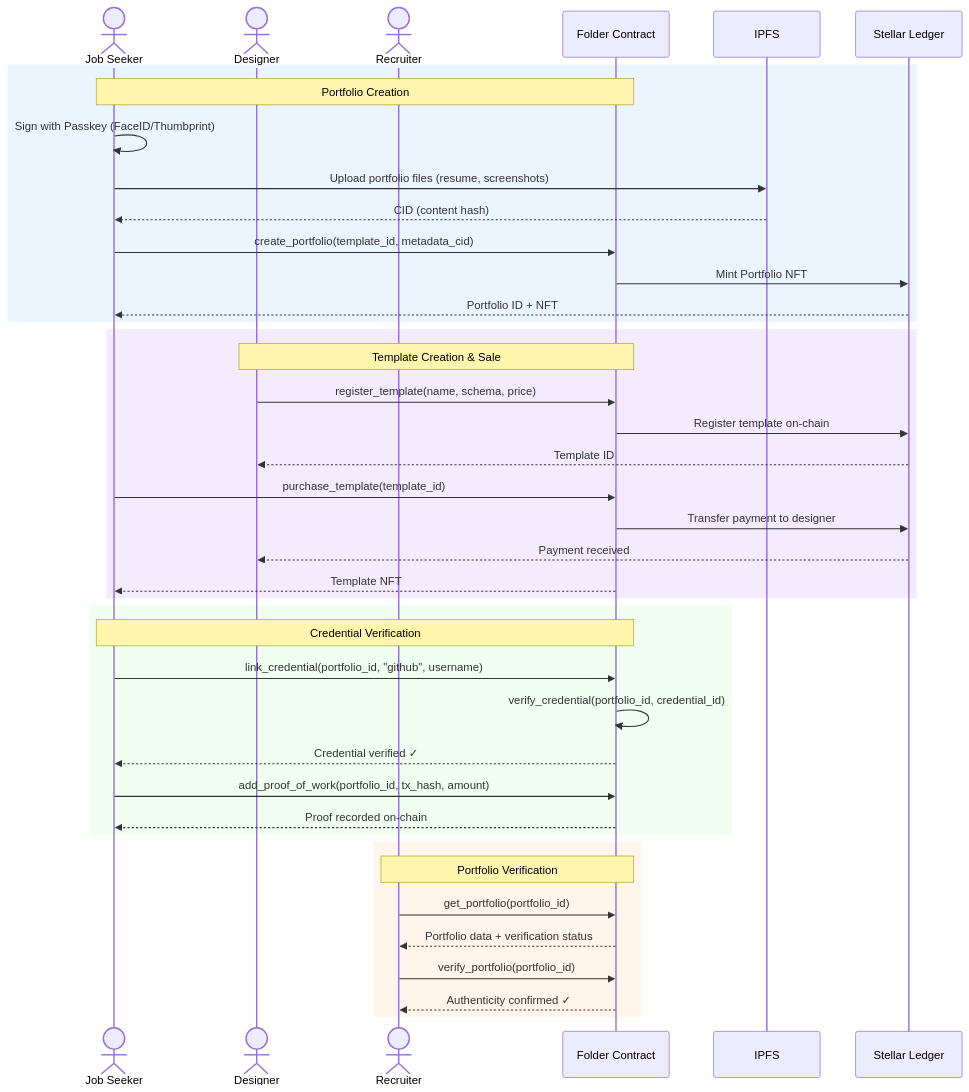
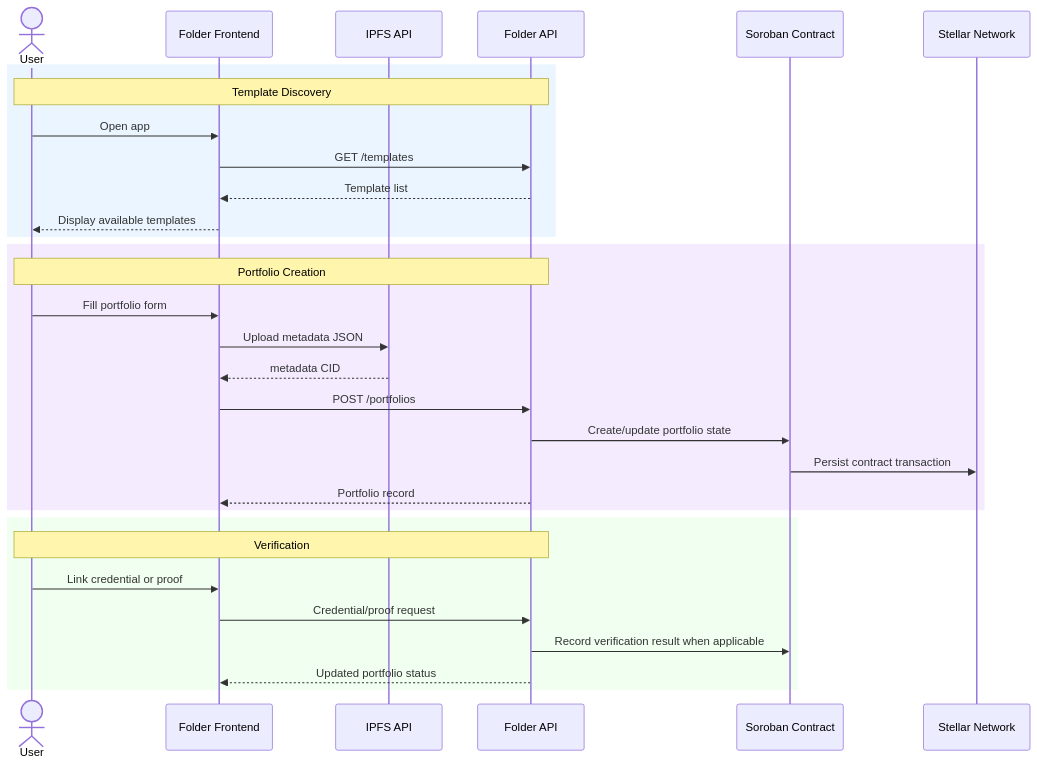
One commit to D-Indexer/Indexer-Frontend changed the second of 2 diagrams in README.md. Above: the diagram before and after it, drawn with Mermaid. The commit also changed other lines of this file, not shown here.

Commit message:
docs: rebuild frontend readme

````diff
--- a/README.md
+++ b/README.md
@@ -149,49 +163,36 @@
 ```mermaid
 sequenceDiagram
-    actor JS as Job Seeker
-    actor DES as Designer
-    actor REC as Recruiter
-    participant Contract as Folder Contract
-    participant IPFS as IPFS
-    participant Stellar as Stellar Ledger
+    actor User
+    participant UI as Folder Frontend
+    participant IPFS as IPFS API
+    participant API as Folder API
+    participant Contract as Soroban Contract
+    participant Stellar as Stellar Network
 
     rect rgb(235, 245, 255)
-        Note over JS,Contract: Portfolio Creation
-        JS->>JS: Sign with Passkey (FaceID/Thumbprint)
-        JS->>IPFS: Upload portfolio files (resume, screenshots)
-        IPFS-->>JS: CID (content hash)
-        JS->>Contract: create_portfolio(template_id, metadata_cid)
-        Contract->>Stellar: Mint Portfolio NFT
-        Stellar-->>JS: Portfolio ID + NFT
+        Note over User,API: Template Discovery
+        User->>UI: Open app
+        UI->>API: GET /templates
+        API-->>UI: Template list
+        UI-->>User: Display available templates
     end
 
     rect rgb(245, 235, 255)
-        Note over DES,Contract: Template Creation & Sale
-        DES->>Contract: register_template(name, schema, price)
-        Contract->>Stellar: Register template on-chain
-        Stellar-->>DES: Template ID
-        
-        JS->>Contract: purchase_template(template_id)
-        Contract->>Stellar: Transfer payment to designer
-        Stellar-->>DES: Payment received
-        Contract-->>JS: Template NFT
+        Note over User,API: Portfolio Creation
+        User->>UI: Fill portfolio form
+        UI->>IPFS: Upload metadata JSON
+        IPFS-->>UI: metadata CID
+        UI->>API: POST /portfolios
+        API->>Contract: Create/update portfolio state
+        Contract->>Stellar: Persist contract transaction
+        API-->>UI: Portfolio record
     end
 
     rect rgb(240, 255, 240)
-        Note over JS,Contract: Credential Verification
-        JS->>Contract: link_credential(portfolio_id, "github", username)
-        Contract->>Contract: verify_credential(portfolio_id, credential_id)
-        Contract-->>JS: Credential verified ✓
-        
-        JS->>Contract: add_proof_of_work(portfolio_id, tx_hash, amount)
-        Contract-->>JS: Proof recorded on-chain
-    end
-
-    rect rgb(255, 245, 235)
-        Note over REC,Contract: Portfolio Verification
-        REC->>Contract: get_portfolio(portfolio_id)
-        Contract-->>REC: Portfolio data + verification status
-        REC->>Contract: verify_portfolio(portfolio_id)
-        Contract-->>REC: Authenticity confirmed ✓
+        Note over User,API: Verification
+        User->>UI: Link credential or proof
+        UI->>API: Credential/proof request
+        API->>Contract: Record verification result when applicable
+        API-->>UI: Updated portfolio status
     end
 ```
````
